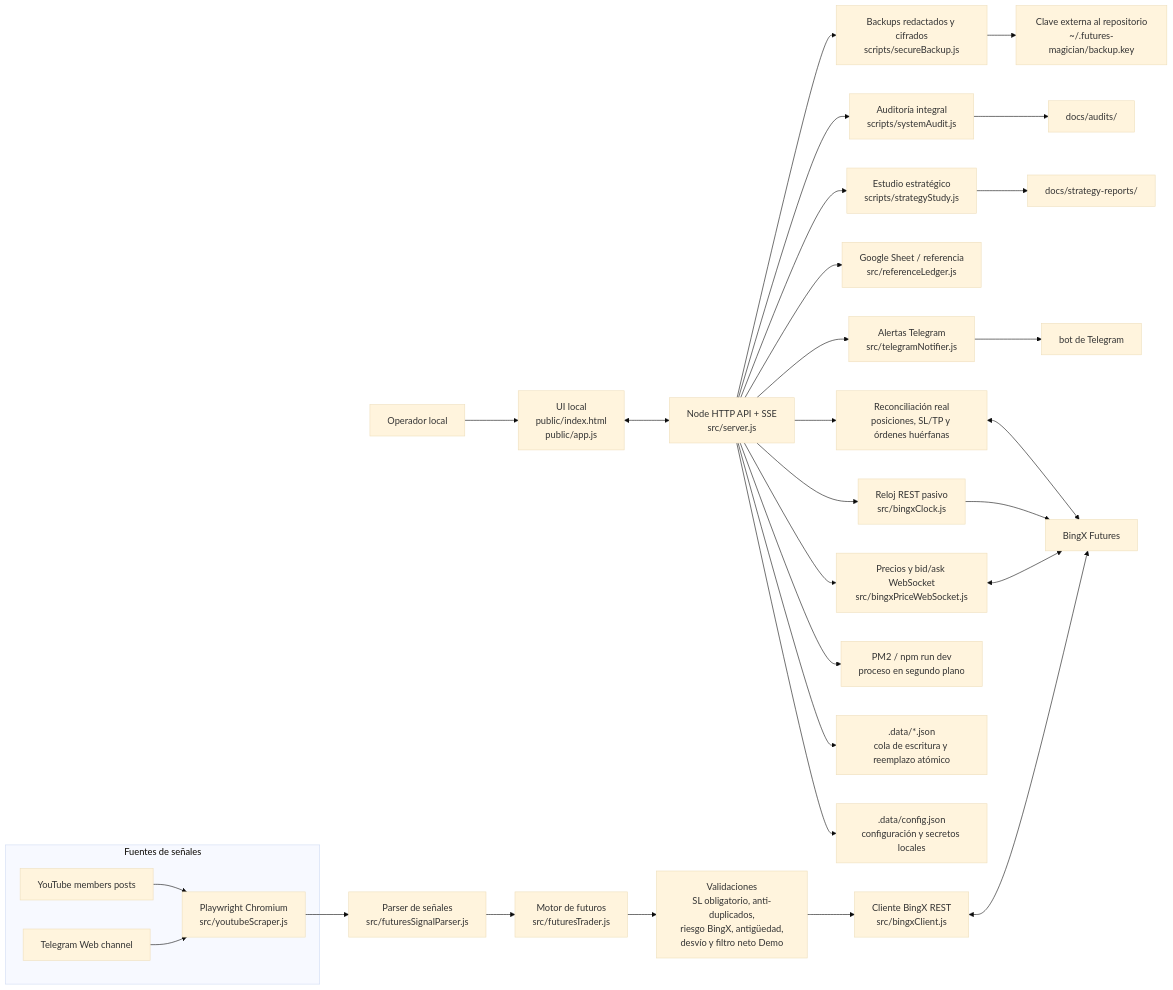
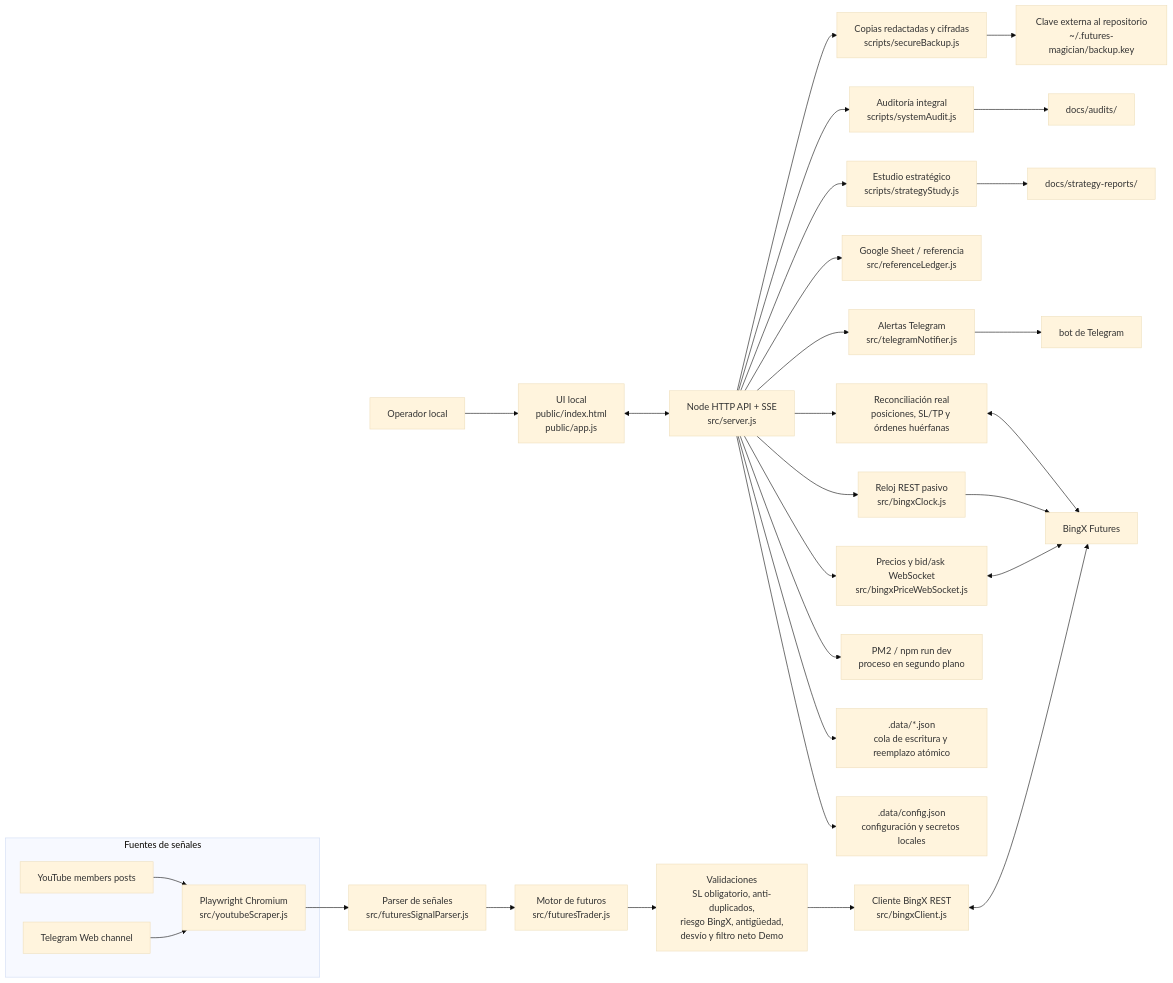
One commit to JotaTerrasa/yt-members-signal-trader changed the diagram in README.md. Above: the diagram before and after it, drawn with Mermaid (base theme). The commit also changed other lines of this file and 11 other files, not shown here.

````diff
--- a/README.md
+++ b/README.md
@@ -73,37 +73,37 @@
 ```mermaid
 flowchart LR
   operator["Operador local"] --> ui["UI local<br/>public/index.html<br/>public/app.js"]
   ui <--> api["Node HTTP API + SSE<br/>src/server.js"]
   api --> config[".data/config.json<br/>configuración y secretos locales"]
   api --> stores[".data/*.json<br/>cola de escritura y reemplazo atómico"]
   api --> pm2["PM2 / npm run dev<br/>proceso en segundo plano"]
 
   subgraph sources["Fuentes de señales"]
     youtube["YouTube members posts"] --> scraper["Playwright Chromium<br/>src/youtubeScraper.js"]
     telegramWeb["Telegram Web channel"] --> scraper
   end
 
   scraper --> parser["Parser de señales<br/>src/futuresSignalParser.js"]
   parser --> trader["Motor de futuros<br/>src/futuresTrader.js"]
   trader --> risk["Validaciones<br/>SL obligatorio, anti-duplicados,<br/>riesgo BingX, antigüedad,<br/>desvío y filtro neto Demo"]
   risk --> bingxClient["Cliente BingX REST<br/>src/bingxClient.js"]
   bingxClient <--> bingx["BingX Futures"]
 
   api --> priceWs["Precios y bid/ask WebSocket<br/>src/bingxPriceWebSocket.js"]
   priceWs <--> bingx
   api --> clock["Reloj REST pasivo<br/>src/bingxClock.js"]
   clock --> bingx
   api --> reconcile["Reconciliación real<br/>posiciones, SL/TP y órdenes huérfanas"]
   reconcile <--> bingx
 
   api --> notifier["Alertas Telegram<br/>src/telegramNotifier.js"]
   notifier --> telegramBot["bot de Telegram"]
 
   api --> sheet["Google Sheet / referencia<br/>src/referenceLedger.js"]
   api --> study["Estudio estratégico<br/>scripts/strategyStudy.js"]
   study --> reports["docs/strategy-reports/"]
   api --> audit["Auditoría integral<br/>scripts/systemAudit.js"]
   audit --> auditReports["docs/audits/"]
-  api --> backup["Backups redactados y cifrados<br/>scripts/secureBackup.js"]
+  api --> backup["Copias redactadas y cifradas<br/>scripts/secureBackup.js"]
   backup --> key["Clave externa al repositorio<br/>~/.futures-magician/backup.key"]
 ```
````
